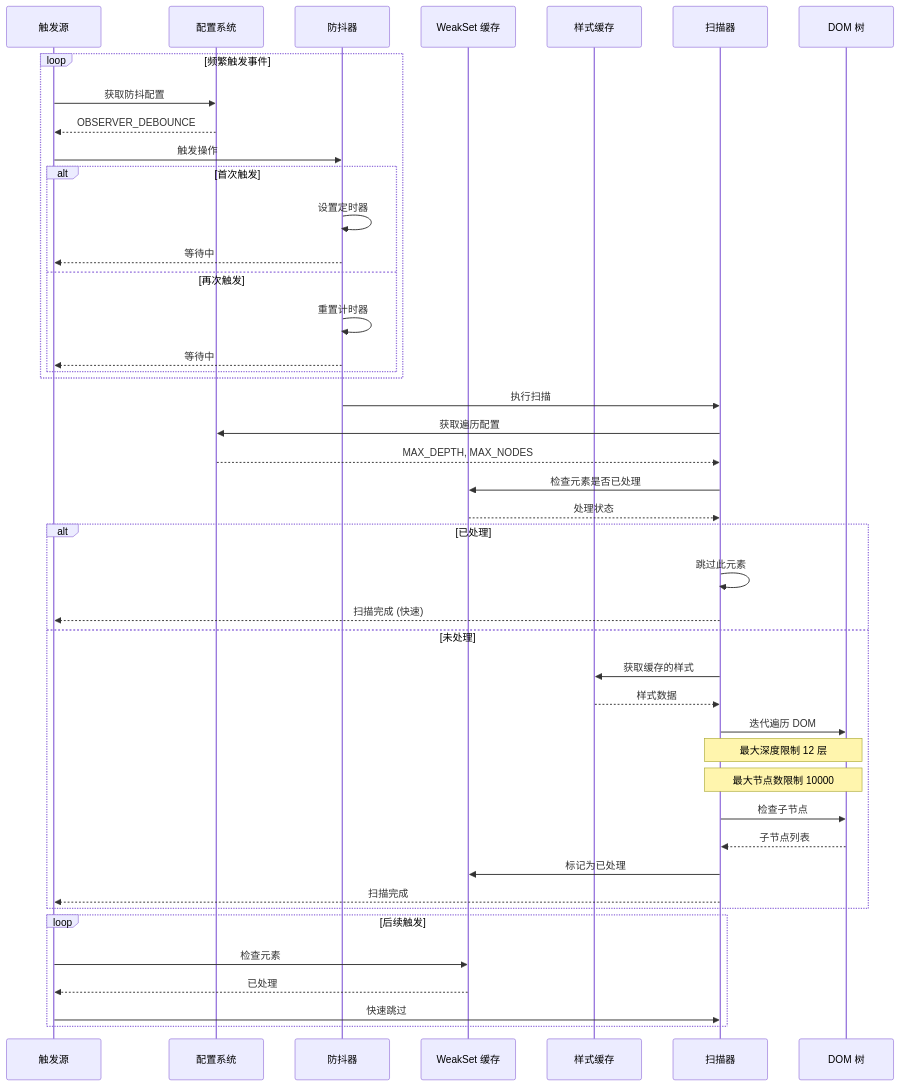
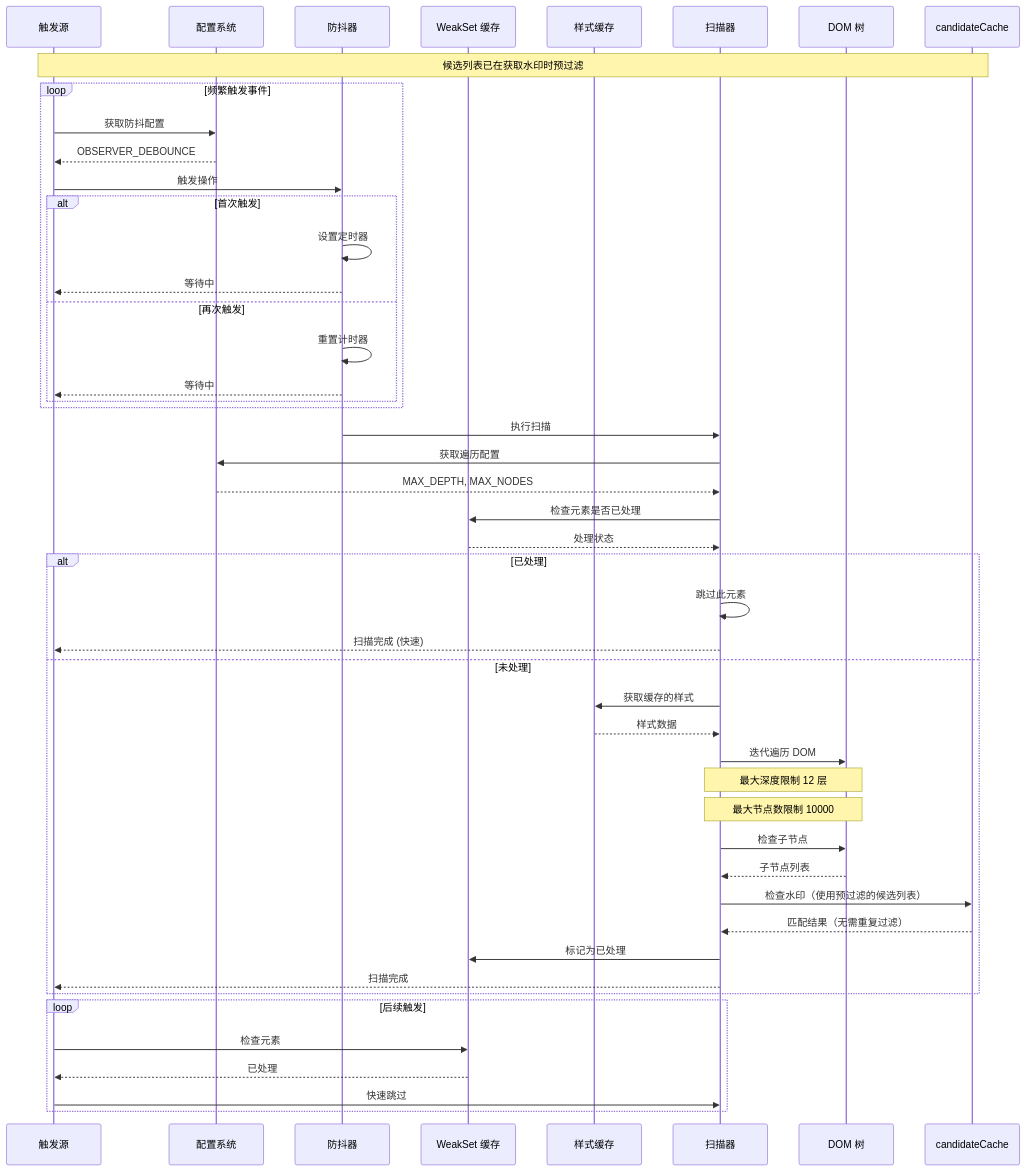
The eighth of 12 diagrams in doc/SEQUENCE_DIAGRAMS.md (wang93wei/Xiaomi-MiMo-Studio-Watermark-Remover), drawn with Mermaid before and after one commit. The commit also changed other lines of this file and 4 other files, not shown here.

````diff
--- a/doc/SEQUENCE_DIAGRAMS.md
+++ b/doc/SEQUENCE_DIAGRAMS.md
@@ -449,57 +532,62 @@
 ```mermaid
 sequenceDiagram
     participant Trigger as 触发源
     participant Config as 配置系统
     participant Debounce as 防抖器
     participant ProcessedCache as WeakSet 缓存
     participant StyleCache as 样式缓存
     participant Scanner as 扫描器
     participant DOM as DOM 树
+
+    Note over Trigger,candidateCache: 候选列表已在获取水印时预过滤
 
     loop 频繁触发事件
         Trigger->>Config: 获取防抖配置
         Config-->>Trigger: OBSERVER_DEBOUNCE
 
         Trigger->>Debounce: 触发操作
 
         alt 首次触发
             Debounce->>Debounce: 设置定时器
             Debounce-->>Trigger: 等待中
         else 再次触发
             Debounce->>Debounce: 重置计时器
             Debounce-->>Trigger: 等待中
         end
     end
 
     Debounce->>Scanner: 执行扫描
     Scanner->>Config: 获取遍历配置
     Config-->>Scanner: MAX_DEPTH, MAX_NODES
 
     Scanner->>ProcessedCache: 检查元素是否已处理
     ProcessedCache-->>Scanner: 处理状态
 
     alt 已处理
         Scanner->>Scanner: 跳过此元素
         Scanner-->>Trigger: 扫描完成 (快速)
     else 未处理
         Scanner->>StyleCache: 获取缓存的样式
         StyleCache-->>Scanner: 样式数据
 
         Scanner->>DOM: 迭代遍历 DOM
 
         Note over Scanner,DOM: 最大深度限制 12 层
         Note over Scanner,DOM: 最大节点数限制 10000
 
         Scanner->>DOM: 检查子节点
         DOM-->>Scanner: 子节点列表
 
+        Scanner->>candidateCache: 检查水印（使用预过滤的候选列表）
+        candidateCache-->>Scanner: 匹配结果（无需重复过滤）
+
         Scanner->>ProcessedCache: 标记为已处理
         Scanner-->>Trigger: 扫描完成
     end
 
     loop 后续触发
         Trigger->>ProcessedCache: 检查元素
         ProcessedCache-->>Trigger: 已处理
         Trigger->>Scanner: 快速跳过
     end
 ```
````
